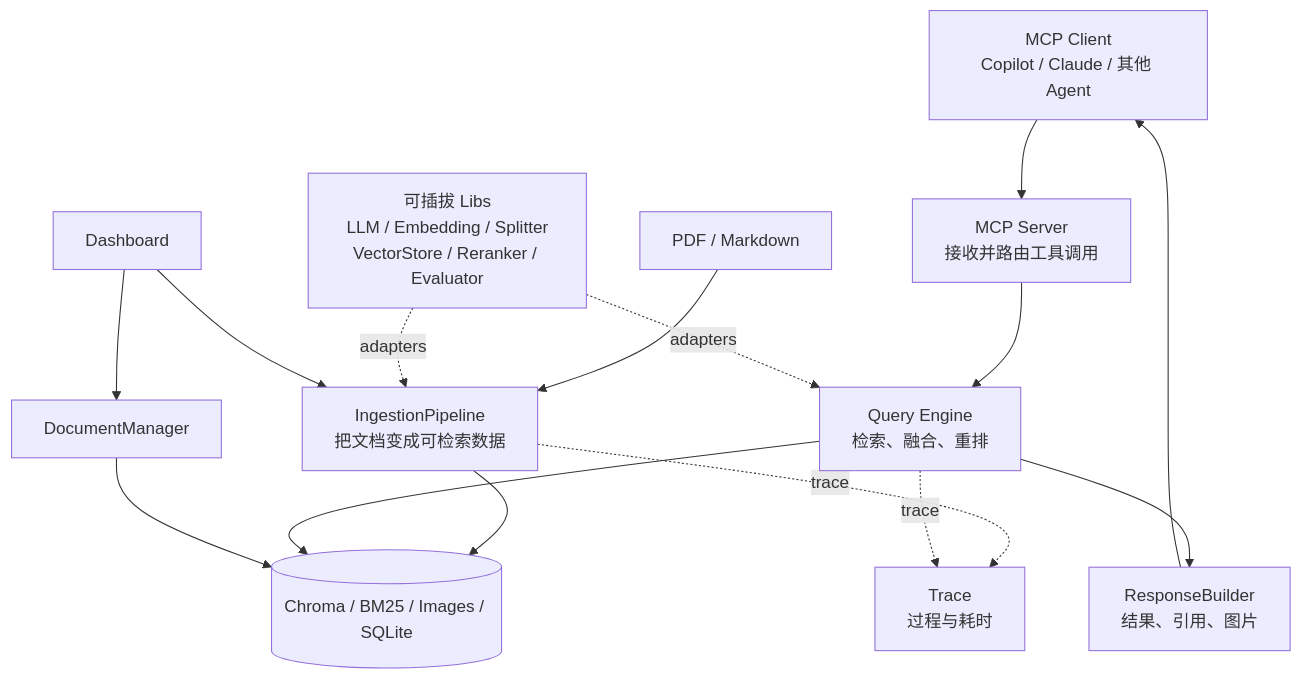
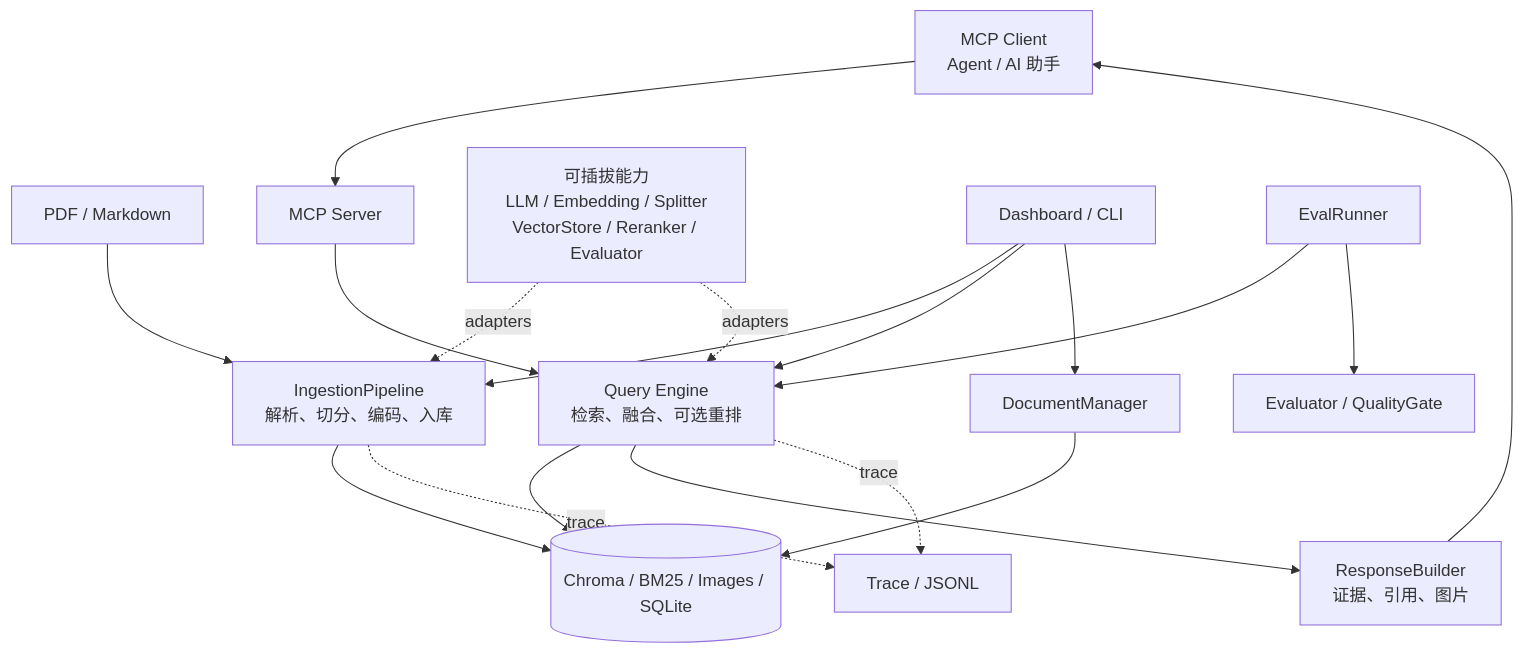
One commit to JJwanghaha/personal-knowledge-mcp changed the diagram in docs/架构导读.md. Above: the diagram before and after it, drawn with Mermaid. The commit also changed other lines of this file and 77 other files, not shown here.

````diff
--- a/docs/架构导读.md
+++ b/docs/架构导读.md
@@ -9,21 +7,25 @@
 ```mermaid
 flowchart TB
-    File[PDF / Markdown] --> Ingest[IngestionPipeline<br/>把文档变成可检索数据]
+    File[PDF / Markdown] --> Ingest[IngestionPipeline<br/>解析、切分、编码、入库]
     Ingest --> Stores[(Chroma / BM25 / Images / SQLite)]
 
-    User[MCP Client<br/>Copilot / Claude / 其他 Agent] --> MCP[MCP Server<br/>接收并路由工具调用]
-    MCP --> Query[Query Engine<br/>检索、融合、重排]
+    User[MCP Client<br/>Agent / AI 助手] --> MCP[MCP Server]
+    MCP --> Query[Query Engine<br/>检索、融合、可选重排]
     Query --> Stores
-    Query --> Response[ResponseBuilder<br/>结果、引用、图片]
+    Query --> Response[ResponseBuilder<br/>证据、引用、图片]
     Response --> User
 
-    Libs[可插拔 Libs<br/>LLM / Embedding / Splitter<br/>VectorStore / Reranker / Evaluator]
+    Libs[可插拔能力<br/>LLM / Embedding / Splitter<br/>VectorStore / Reranker / Evaluator]
     Libs -. adapters .-> Ingest
     Libs -. adapters .-> Query
 
-    Dashboard[Dashboard] --> Ingest
+    Dashboard[Dashboard / CLI] --> Ingest
+    Dashboard --> Query
     Dashboard --> Manage[DocumentManager]
     Manage --> Stores
-    Ingest -. trace .-> Observe[Trace<br/>过程与耗时]
+
+    Ingest -. trace .-> Observe[Trace / JSONL]
     Query -. trace .-> Observe
+    Eval[EvalRunner] --> Query
+    Eval --> Evaluator[Evaluator / QualityGate]
 ```
````
